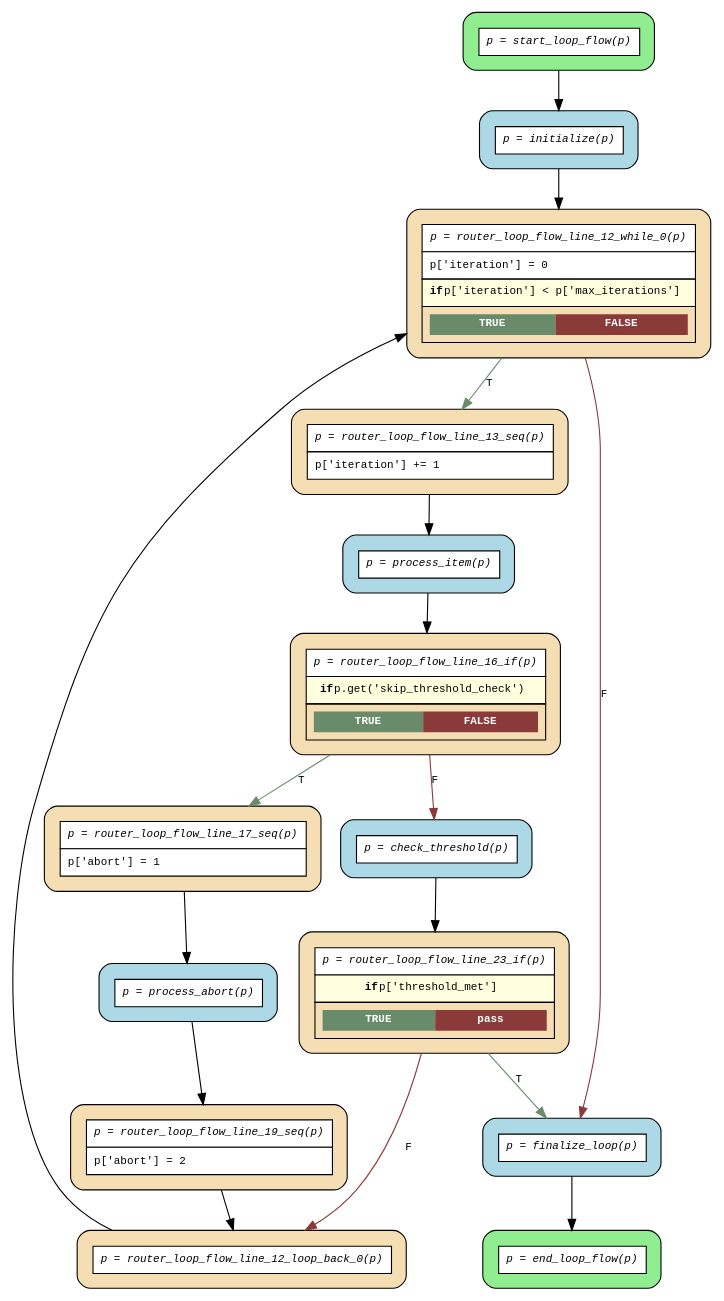
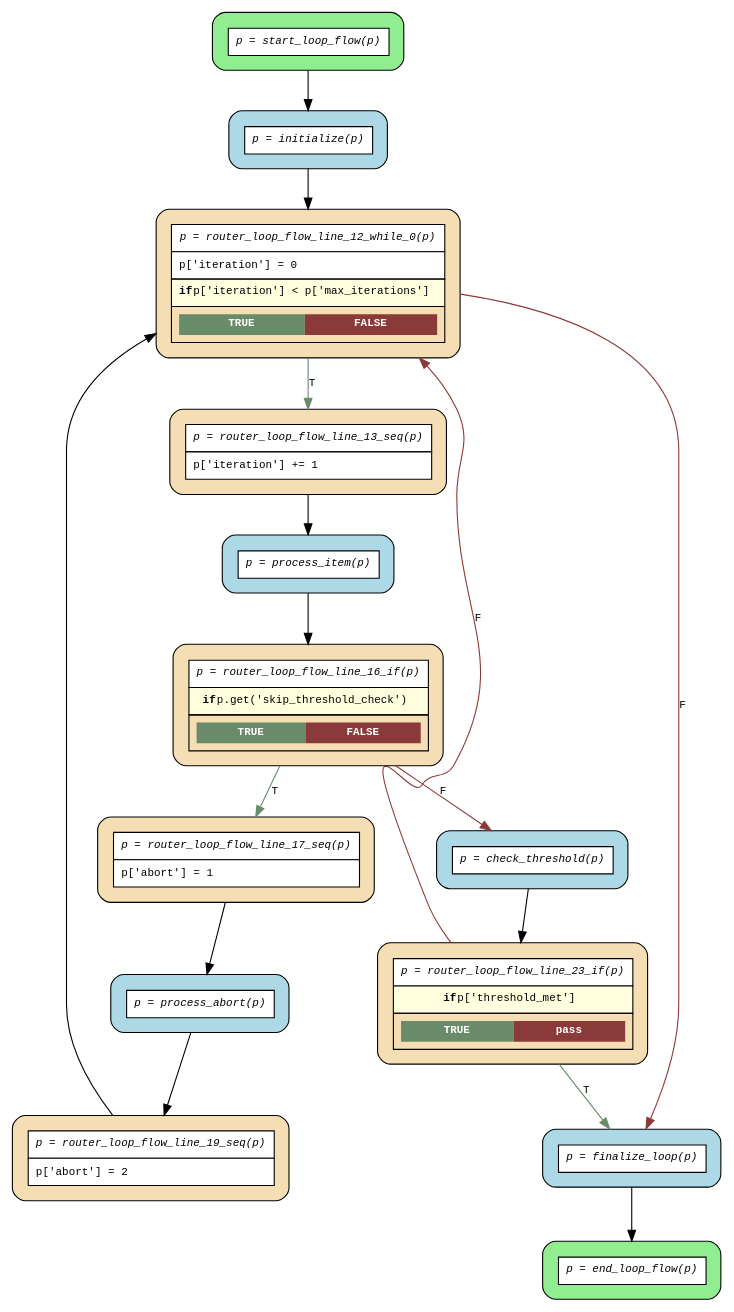
One commit to deliveryhero/asya changed the diagram in examples/flows/compiled/while_loop_processing/flow.dot. Above: the diagram before and after it, drawn with Graphviz. The commit also changed 40 other files, not shown here.

First line of the commit message:
fix(grouper): eliminate no-op loop_back routers for conditional while loops

```diff
--- a/examples/flows/compiled/while_loop_processing/flow.dot
+++ b/examples/flows/compiled/while_loop_processing/flow.dot
@@ -1,38 +1,36 @@
 digraph flow {
   rankdir=TB;
   graph [fontname="Courier", fontsize=10];
   node [fontname="Courier", fontsize=10, shape=box, style="filled,rounded", margin="0.2"];
   edge [fontname="Courier", fontsize=10];
 
   start_loop_flow [fillcolor="lightgreen", label=<<table border="0" cellspacing="0" cellpadding="6" cellborder="1"><tr><td bgcolor="white" align="center"><i>p = start_loop_flow(p)</i></td></tr></table>>];
   router_loop_flow_line_19_seq [fillcolor="wheat", label=<<table border="0" cellspacing="0" cellpadding="6" cellborder="1"><tr><td bgcolor="white" align="center"><i>p = router_loop_flow_line_19_seq(p)</i></td></tr><tr><td bgcolor="white" align="left">p['abort'] = 2</td></tr></table>>];
   router_loop_flow_line_17_seq [fillcolor="wheat", label=<<table border="0" cellspacing="0" cellpadding="6" cellborder="1"><tr><td bgcolor="white" align="center"><i>p = router_loop_flow_line_17_seq(p)</i></td></tr><tr><td bgcolor="white" align="left">p['abort'] = 1</td></tr></table>>];
   router_loop_flow_line_23_if [fillcolor="wheat", label=<<table border="0" cellspacing="0" cellpadding="6" cellborder="1"><tr><td bgcolor="white" align="center"><i>p = router_loop_flow_line_23_if(p)</i></td></tr><tr><td bgcolor="lightyellow"><b>if</b> p['threshold_met']</td></tr><tr><td><table border="0" cellspacing="0" cellpadding="4"><tr><td bgcolor="darkseagreen4"><font color="white"><b>TRUE</b></font></td><td bgcolor="indianred4"><font color="white"><b>pass</b></font></td></tr></table></td></tr></table>>];
   router_loop_flow_line_16_if [fillcolor="wheat", label=<<table border="0" cellspacing="0" cellpadding="6" cellborder="1"><tr><td bgcolor="white" align="center"><i>p = router_loop_flow_line_16_if(p)</i></td></tr><tr><td bgcolor="lightyellow"><b>if</b> p.get('skip_threshold_check')</td></tr><tr><td><table border="0" cellspacing="0" cellpadding="4"><tr><td bgcolor="darkseagreen4"><font color="white"><b>TRUE</b></font></td><td bgcolor="indianred4"><font color="white"><b>FALSE</b></font></td></tr></table></td></tr></table>>];
   router_loop_flow_line_13_seq [fillcolor="wheat", label=<<table border="0" cellspacing="0" cellpadding="6" cellborder="1"><tr><td bgcolor="white" align="center"><i>p = router_loop_flow_line_13_seq(p)</i></td></tr><tr><td bgcolor="white" align="left">p['iteration'] += 1</td></tr></table>>];
-  router_loop_flow_line_12_loop_back_0 [fillcolor="wheat", label=<<table border="0" cellspacing="0" cellpadding="6" cellborder="1"><tr><td bgcolor="white" align="center"><i>p = router_loop_flow_line_12_loop_back_0(p)</i></td></tr></table>>];
   router_loop_flow_line_12_while_0 [fillcolor="wheat", label=<<table border="0" cellspacing="0" cellpadding="6" cellborder="1"><tr><td bgcolor="white" align="center"><i>p = router_loop_flow_line_12_while_0(p)</i></td></tr><tr><td bgcolor="white" align="left">p['iteration'] = 0</td></tr><tr><td bgcolor="lightyellow"><b>if</b> p['iteration'] &lt; p['max_iterations']</td></tr><tr><td><table border="0" cellspacing="0" cellpadding="4"><tr><td bgcolor="darkseagreen4"><font color="white"><b>TRUE</b></font></td><td bgcolor="indianred4"><font color="white"><b>FALSE</b></font></td></tr></table></td></tr></table>>];
   end_loop_flow [fillcolor="lightgreen", label=<<table border="0" cellspacing="0" cellpadding="6" cellborder="1"><tr><td bgcolor="white" align="center"><i>p = end_loop_flow(p)</i></td></tr></table>>];
   check_threshold [fillcolor="lightblue", label=<<table border="0" cellspacing="0" cellpadding="6" cellborder="1"><tr><td bgcolor="white" align="center"><i>p = check_threshold(p)</i></td></tr></table>>];
   finalize_loop [fillcolor="lightblue", label=<<table border="0" cellspacing="0" cellpadding="6" cellborder="1"><tr><td bgcolor="white" align="center"><i>p = finalize_loop(p)</i></td></tr></table>>];
   initialize [fillcolor="lightblue", label=<<table border="0" cellspacing="0" cellpadding="6" cellborder="1"><tr><td bgcolor="white" align="center"><i>p = initialize(p)</i></td></tr></table>>];
   process_abort [fillcolor="lightblue", label=<<table border="0" cellspacing="0" cellpadding="6" cellborder="1"><tr><td bgcolor="white" align="center"><i>p = process_abort(p)</i></td></tr></table>>];
   process_item [fillcolor="lightblue", label=<<table border="0" cellspacing="0" cellpadding="6" cellborder="1"><tr><td bgcolor="white" align="center"><i>p = process_item(p)</i></td></tr></table>>];
 
   check_threshold -> router_loop_flow_line_23_if;
   finalize_loop -> end_loop_flow;
   initialize -> router_loop_flow_line_12_while_0;
   process_abort -> router_loop_flow_line_19_seq;
   process_item -> router_loop_flow_line_16_if;
-  router_loop_flow_line_12_loop_back_0 -> router_loop_flow_line_12_while_0 [constraint=false];
   router_loop_flow_line_12_while_0 -> finalize_loop [label="F", color=indianred4];
   router_loop_flow_line_12_while_0 -> router_loop_flow_line_13_seq [label="T", color=darkseagreen4];
   router_loop_flow_line_13_seq -> process_item;
   router_loop_flow_line_16_if -> check_threshold [label="F", color=indianred4];
   router_loop_flow_line_16_if -> router_loop_flow_line_17_seq [label="T", color=darkseagreen4];
   router_loop_flow_line_17_seq -> process_abort;
-  router_loop_flow_line_19_seq -> router_loop_flow_line_12_loop_back_0;
+  router_loop_flow_line_19_seq -> router_loop_flow_line_12_while_0;
   router_loop_flow_line_23_if -> finalize_loop [label="T", color=darkseagreen4];
-  router_loop_flow_line_23_if -> router_loop_flow_line_12_loop_back_0 [label="F", color=indianred4];
+  router_loop_flow_line_23_if -> router_loop_flow_line_12_while_0 [label="F", color=indianred4, constraint=false];
   start_loop_flow -> initialize;
 }
```
